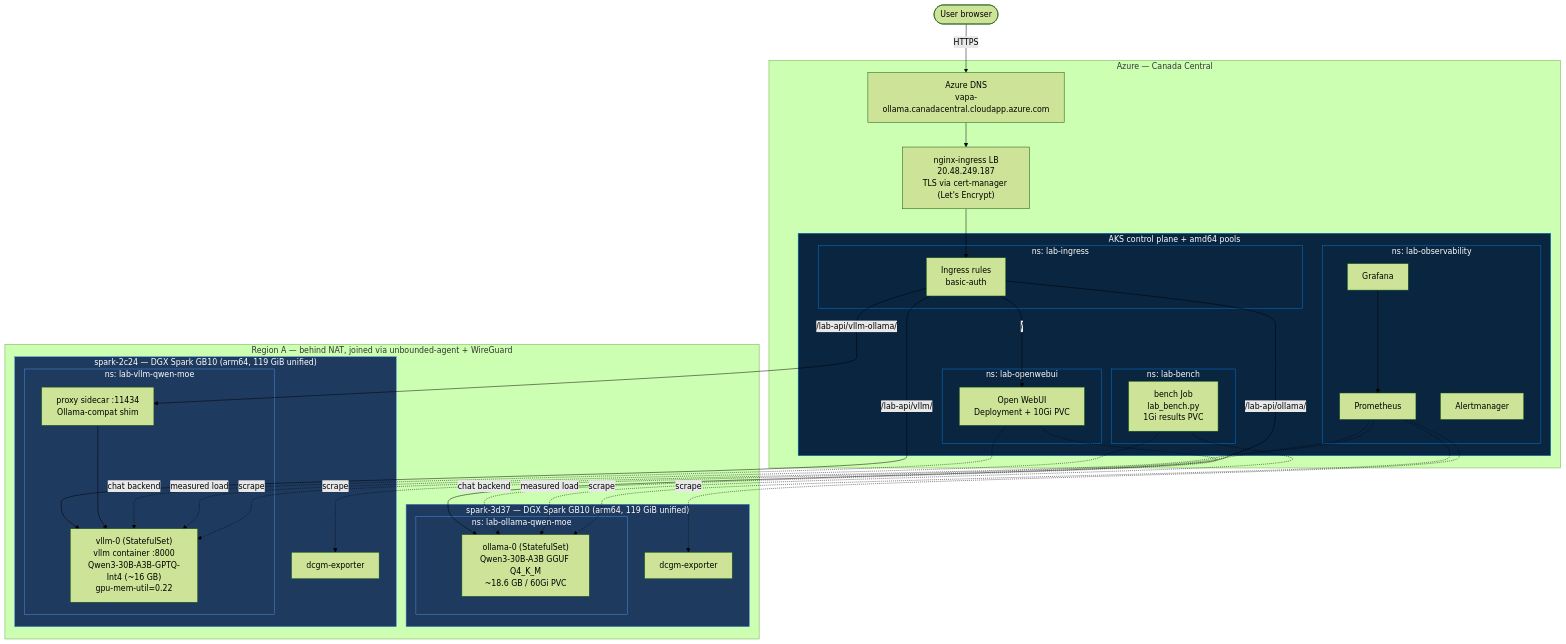
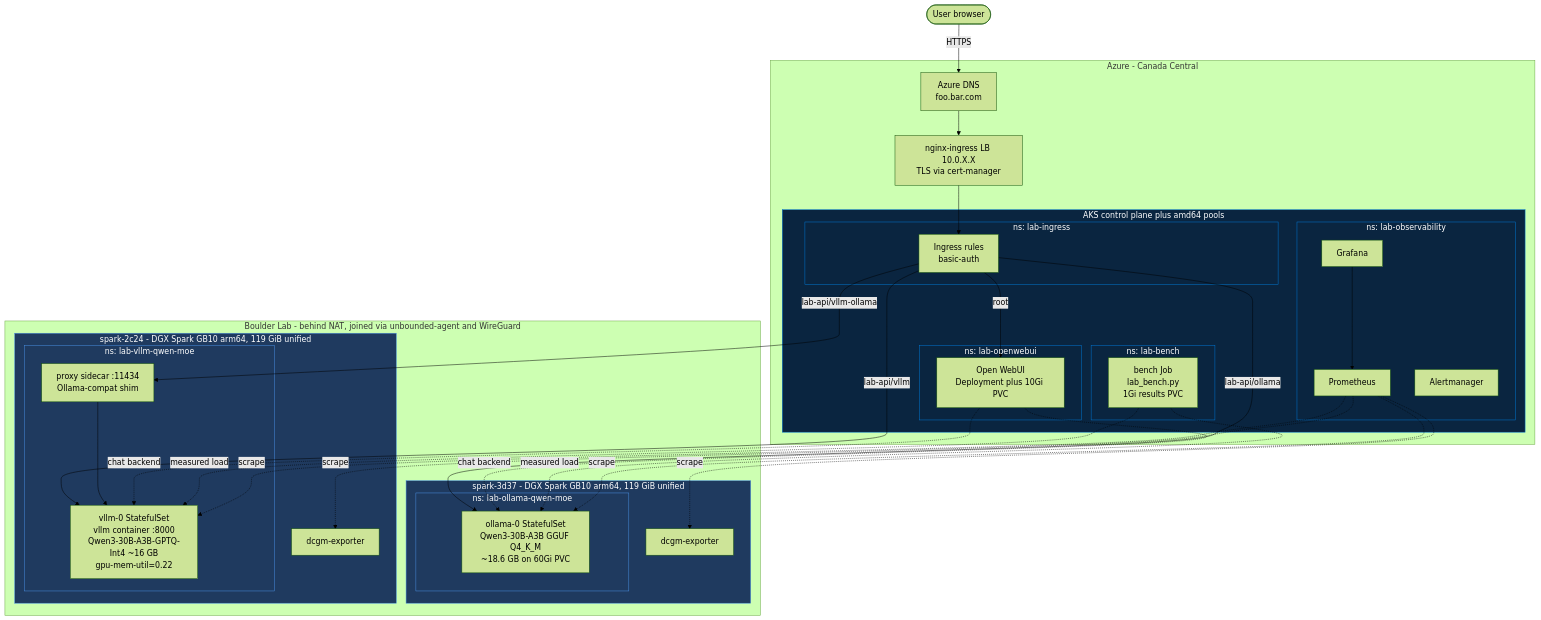
The diagram in README.md (vpatelsj/unbounded-lab), drawn with Mermaid (forest theme) before and after one commit. The commit also changed other lines of this file and 11 other files, not shown here.

````diff
--- a/README.md
+++ b/README.md
@@ -29,66 +29,68 @@
 ```mermaid
-flowchart TB
+graph TB
     user([User browser])
 
-    subgraph azure["Azure — Canada Central"]
-        dns["Azure DNS<br/>vapa-ollama.canadacentral.cloudapp.azure.com"]
-        lb["nginx-ingress LB<br/>20.48.249.187<br/>TLS via cert-manager (Let's Encrypt)"]
+    subgraph azure["Azure - Canada Central"]
+        dns["Azure DNS<br/>foo.bar.com"]
+        lb["nginx-ingress LB 10.0.X.X<br/>TLS via cert-manager"]
 
-        subgraph aks["AKS control plane + amd64 pools"]
+        subgraph aks["AKS control plane plus amd64 pools"]
             subgraph ns_ingress["ns: lab-ingress"]
                 ing["Ingress rules<br/>basic-auth"]
             end
             subgraph ns_owui["ns: lab-openwebui"]
-                owui["Open WebUI<br/>Deployment + 10Gi PVC"]
+                owui["Open WebUI<br/>Deployment plus 10Gi PVC"]
             end
             subgraph ns_obs["ns: lab-observability"]
                 prom["Prometheus"]
                 graf["Grafana"]
                 am["Alertmanager"]
             end
             subgraph ns_bench["ns: lab-bench"]
                 bench["bench Job<br/>lab_bench.py<br/>1Gi results PVC"]
             end
         end
     end
 
-    subgraph regiona["Region A — behind NAT, joined via unbounded-agent + WireGuard"]
-        subgraph spark3d37["spark-3d37 — DGX Spark GB10 (arm64, 119 GiB unified)"]
+    subgraph regiona["Boulder Lab - behind NAT, joined via unbounded-agent and WireGuard"]
+        subgraph spark3d37["spark-3d37 - DGX Spark GB10 arm64, 119 GiB unified"]
             subgraph ns_ollama["ns: lab-ollama-qwen-moe"]
-                ollama["ollama-0 (StatefulSet)<br/>Qwen3-30B-A3B GGUF Q4_K_M<br/>~18.6 GB / 60Gi PVC"]
+                ollama["ollama-0 StatefulSet<br/>Qwen3-30B-A3B GGUF Q4_K_M<br/>~18.6 GB on 60Gi PVC"]
             end
             dcgm1["dcgm-exporter"]
         end
-        subgraph spark2c24["spark-2c24 — DGX Spark GB10 (arm64, 119 GiB unified)"]
+        subgraph spark2c24["spark-2c24 - DGX Spark GB10 arm64, 119 GiB unified"]
             subgraph ns_vllm["ns: lab-vllm-qwen-moe"]
-                vllm["vllm-0 (StatefulSet)<br/>vllm container :8000<br/>Qwen3-30B-A3B-GPTQ-Int4 (~16 GB)<br/>gpu-mem-util=0.22"]
+                vllm["vllm-0 StatefulSet<br/>vllm container :8000<br/>Qwen3-30B-A3B-GPTQ-Int4 ~16 GB<br/>gpu-mem-util=0.22"]
                 shim["proxy sidecar :11434<br/>Ollama-compat shim"]
             end
             dcgm2["dcgm-exporter"]
         end
     end
 
-    user -->|HTTPS| dns --> lb --> ing
-    ing -->|/| owui
-    ing -->|/lab-api/ollama/| ollama
-    ing -->|/lab-api/vllm/| vllm
-    ing -->|/lab-api/vllm-ollama/| shim
+    user -- HTTPS --> dns
+    dns --> lb
+    lb --> ing
+    ing -- root --> owui
+    ing -- lab-api/ollama --> ollama
+    ing -- lab-api/vllm --> vllm
+    ing -- lab-api/vllm-ollama --> shim
     shim --> vllm
 
-    owui -.chat backend.-> ollama
-    owui -.chat backend.-> vllm
+    owui -. chat backend .-> ollama
+    owui -. chat backend .-> vllm
 
-    bench -.measured load.-> vllm
-    bench -.measured load.-> ollama
+    bench -. measured load .-> vllm
+    bench -. measured load .-> ollama
 
-    prom -.scrape.-> dcgm1
-    prom -.scrape.-> dcgm2
-    prom -.scrape.-> vllm
-    prom -.scrape.-> ollama
+    prom -. scrape .-> dcgm1
+    prom -. scrape .-> dcgm2
+    prom -. scrape .-> vllm
+    prom -. scrape .-> ollama
     graf --> prom
 
     classDef edge fill:#1f3a5f,stroke:#4a90e2,color:#fff
     classDef az fill:#0a2540,stroke:#0078d4,color:#fff
     class spark3d37,spark2c24,ns_ollama,ns_vllm edge
     class aks,ns_ingress,ns_owui,ns_obs,ns_bench az
 ```
````
